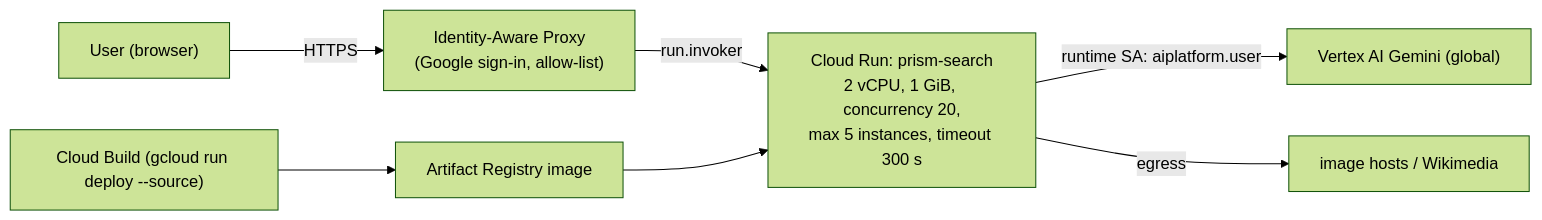
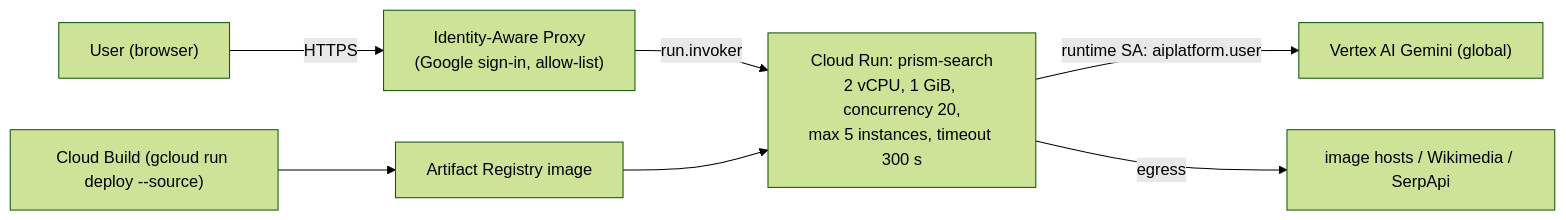
The seventh of 7 diagrams in docs/architecture.md (goriri/ai-websearch), drawn with Mermaid (forest theme) before and after one commit. The commit also changed other lines of this file and 15 other files, not shown here.

First line of the commit message:
Compare portal for the three architectures + documentation overhaul

````diff
--- a/docs/architecture.md
+++ b/docs/architecture.md
@@ -297,8 +413,8 @@
 ```mermaid
 flowchart LR
   User["User (browser)"] -- "HTTPS" --> IAP["Identity-Aware Proxy<br/>(Google sign-in, allow-list)"]
   IAP -- "run.invoker" --> CR["Cloud Run: prism-search<br/>2 vCPU, 1 GiB, concurrency 20,<br/>max 5 instances, timeout 300 s"]
   CR -- "runtime SA: aiplatform.user" --> VX["Vertex AI Gemini (global)"]
-  CR -- "egress" --> Hosts["image hosts / Wikimedia"]
+  CR -- "egress" --> Hosts["image hosts / Wikimedia / SerpApi"]
   CB["Cloud Build (gcloud run deploy --source)"] --> AR["Artifact Registry image"] --> CR
 ```
````
